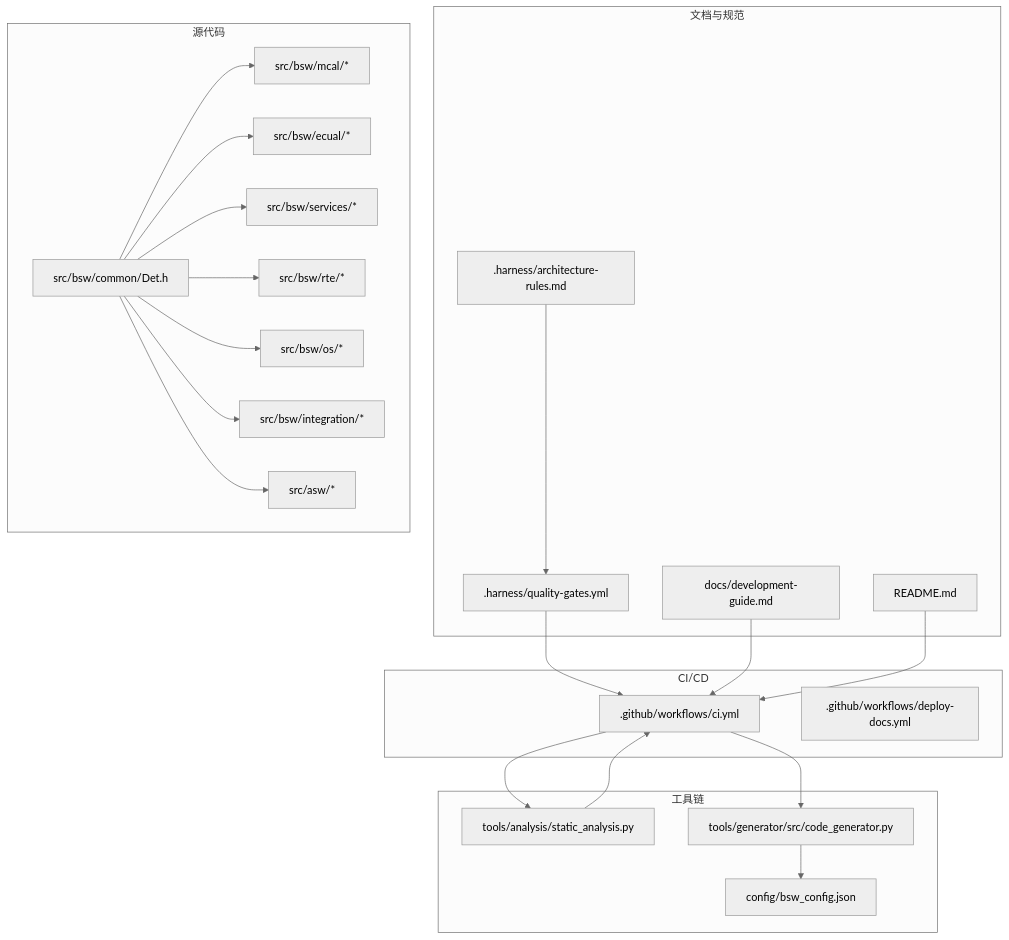
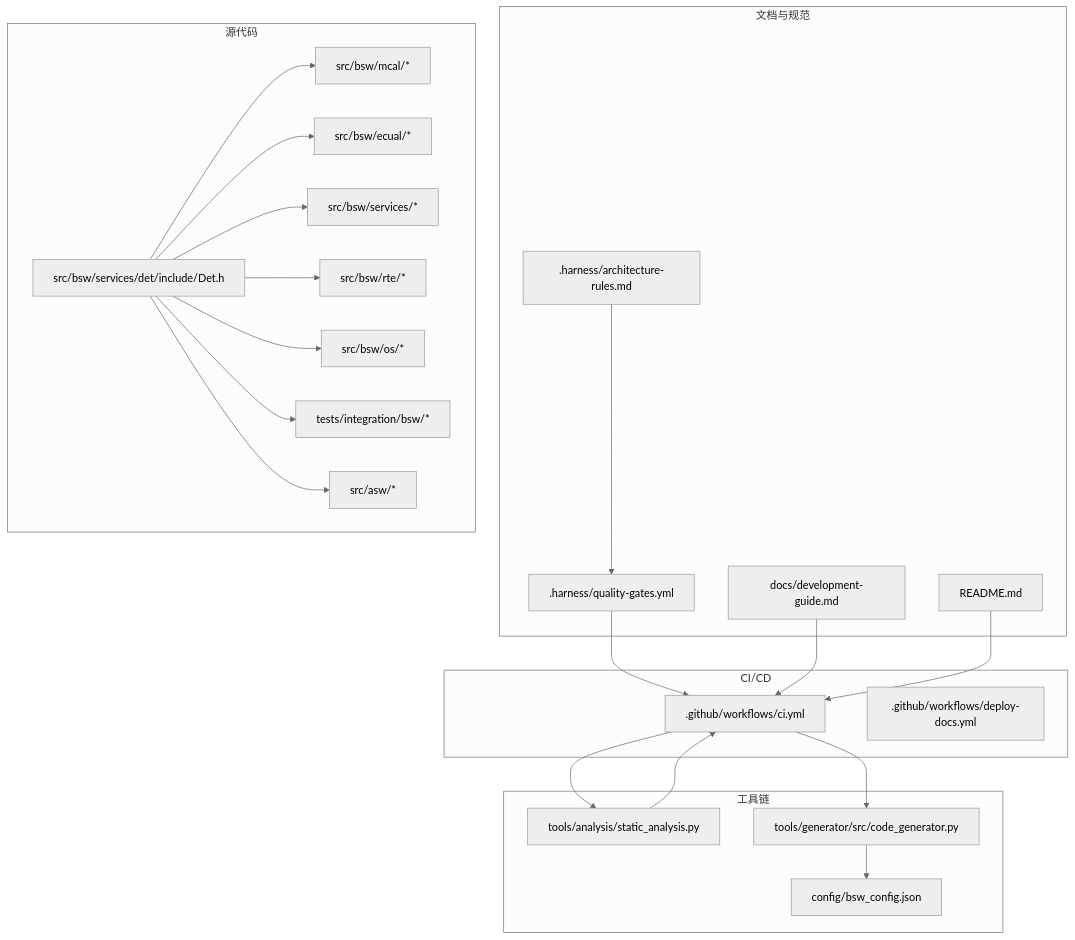
One commit to frisky1985/yuleASR changed the first of 9 diagrams in .qoder/repowiki/zh/content/开发指南/开发指南.md. Above: the diagram before and after it, drawn with Mermaid (neutral theme). The commit also changed other lines of this file and 191 other files, not shown here.

````diff
--- a/.qoder/repowiki/zh/content/开发指南/开发指南.md
+++ b/.qoder/repowiki/zh/content/开发指南/开发指南.md
@@ -40,43 +40,43 @@
 ```mermaid
 graph TB
 subgraph "文档与规范"
 A[".harness/architecture-rules.md"]
 B[".harness/quality-gates.yml"]
 C["docs/development-guide.md"]
 D["README.md"]
 end
 subgraph "CI/CD"
 E[".github/workflows/ci.yml"]
 F[".github/workflows/deploy-docs.yml"]
 end
 subgraph "源代码"
-G["src/bsw/common/Det.h"]
+G["src/bsw/services/det/include/Det.h"]
 H["src/bsw/mcal/*"]
 I["src/bsw/ecual/*"]
 J["src/bsw/services/*"]
 K["src/bsw/rte/*"]
 L["src/bsw/os/*"]
-M["src/bsw/integration/*"]
+M["tests/integration/bsw/*"]
 N["src/asw/*"]
 end
 subgraph "工具链"
 O["tools/analysis/static_analysis.py"]
 P["tools/generator/src/code_generator.py"]
 Q["config/bsw_config.json"]
 end
 A --> B
 B --> E
 C --> E
 D --> E
 E --> O
 E --> P
 P --> Q
 O --> E
 G --> H
 G --> I
 G --> J
 G --> K
 G --> L
 G --> M
 G --> N
 ```
````
